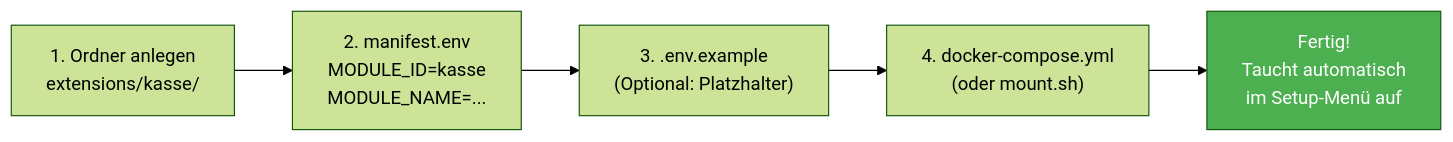
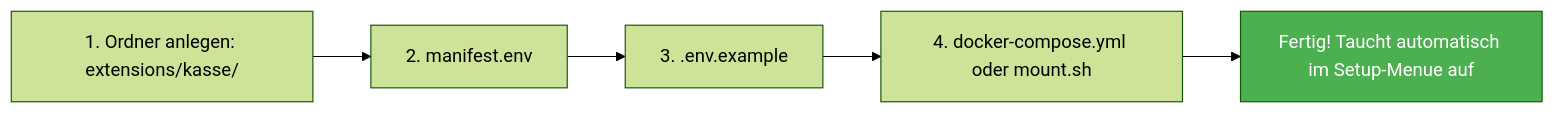
The sixth of 6 diagrams in docs/architektur-uebersicht.md (DPSG-Eschborn/infrastructure-configs), drawn with Mermaid (forest theme) before and after one commit. The commit also changed other lines of this file, not shown here.

Commit message:
docs: updated architecture docs

````diff
--- a/docs/architektur-uebersicht.md
+++ b/docs/architektur-uebersicht.md
@@ -290,9 +335,9 @@
 ```mermaid
 flowchart LR
-    A["1. Ordner anlegen\nextensions/kasse/"] --> B["2. manifest.env\nMODULE_ID=kasse\nMODULE_NAME=..."]
-    B --> C["3. .env.example\n(Optional: Platzhalter)"]
-    C --> D["4. docker-compose.yml\n(oder mount.sh)"]
-    D --> E["Fertig!\nTaucht automatisch\nim Setup-Menü auf"]
-    
+    A["1. Ordner anlegen: extensions/kasse/"] --> B["2. manifest.env"]
+    B --> C["3. .env.example"]
+    C --> D["4. docker-compose.yml oder mount.sh"]
+    D --> E["Fertig! Taucht automatisch im Setup-Menue auf"]
+
     style E fill:#4CAF50,color:white
 ```
````
